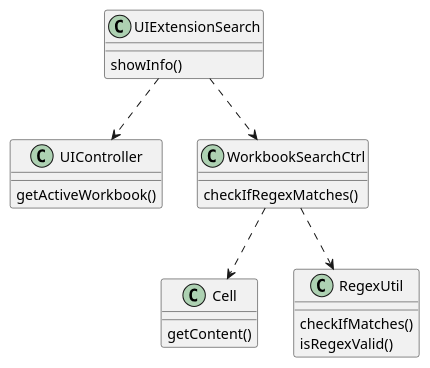
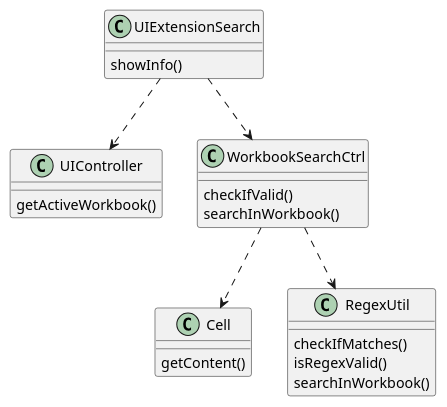
Before and after one commit to MikeTekOn/lapr4-2017-2dd: the diagram in src/main/java/lapr4/red/s1/core/n1150613/workbookSearch/core07_01_design_cd.puml, drawn with PlantUML. The commit also changed 6 other files, not shown here.

```diff
--- a/src/main/java/lapr4/red/s1/core/n1150613/workbookSearch/core07_01_design_cd.puml
+++ b/src/main/java/lapr4/red/s1/core/n1150613/workbookSearch/core07_01_design_cd.puml
@@ -1,23 +1,25 @@
 @startuml
 class UIExtensionSearch{
     showInfo()
 }
 class UIController{
     getActiveWorkbook()
 }
 class WorkbookSearchCtrl{
-    checkIfRegexMatches()
+    checkIfValid()
+    searchInWorkbook()
 }
 class Cell{
     getContent()
 }
 class RegexUtil {
     checkIfMatches()
     isRegexValid()
+    searchInWorkbook()
 }
 
 UIExtensionSearch ..> UIController
 UIExtensionSearch ..> WorkbookSearchCtrl
 WorkbookSearchCtrl ..> Cell
 WorkbookSearchCtrl ..> RegexUtil
 @enduml
```
